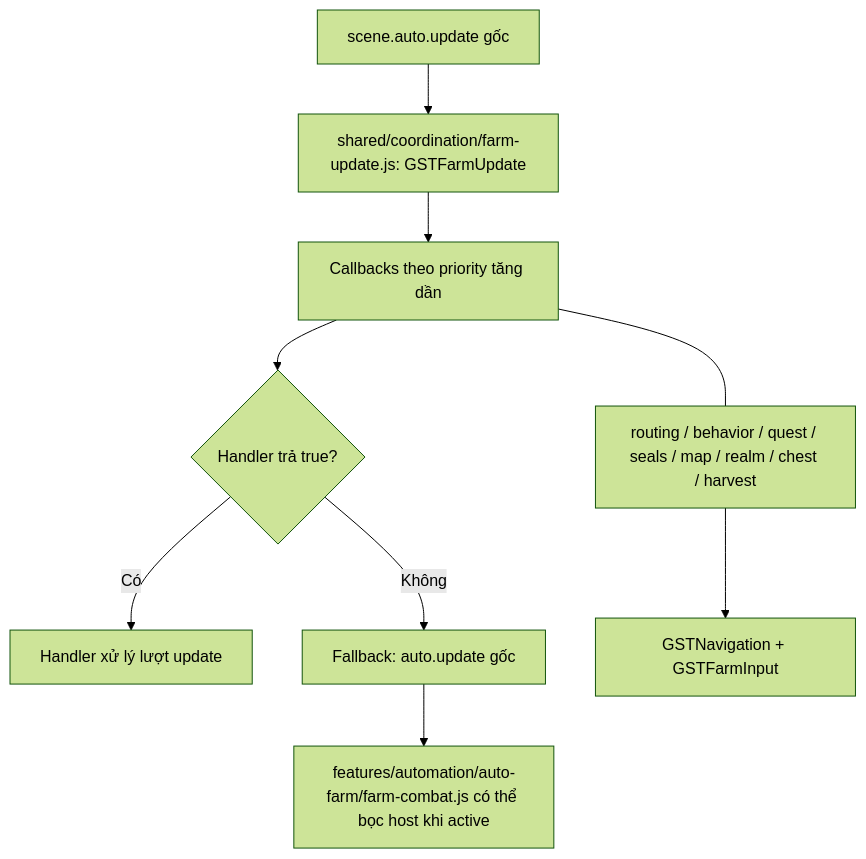
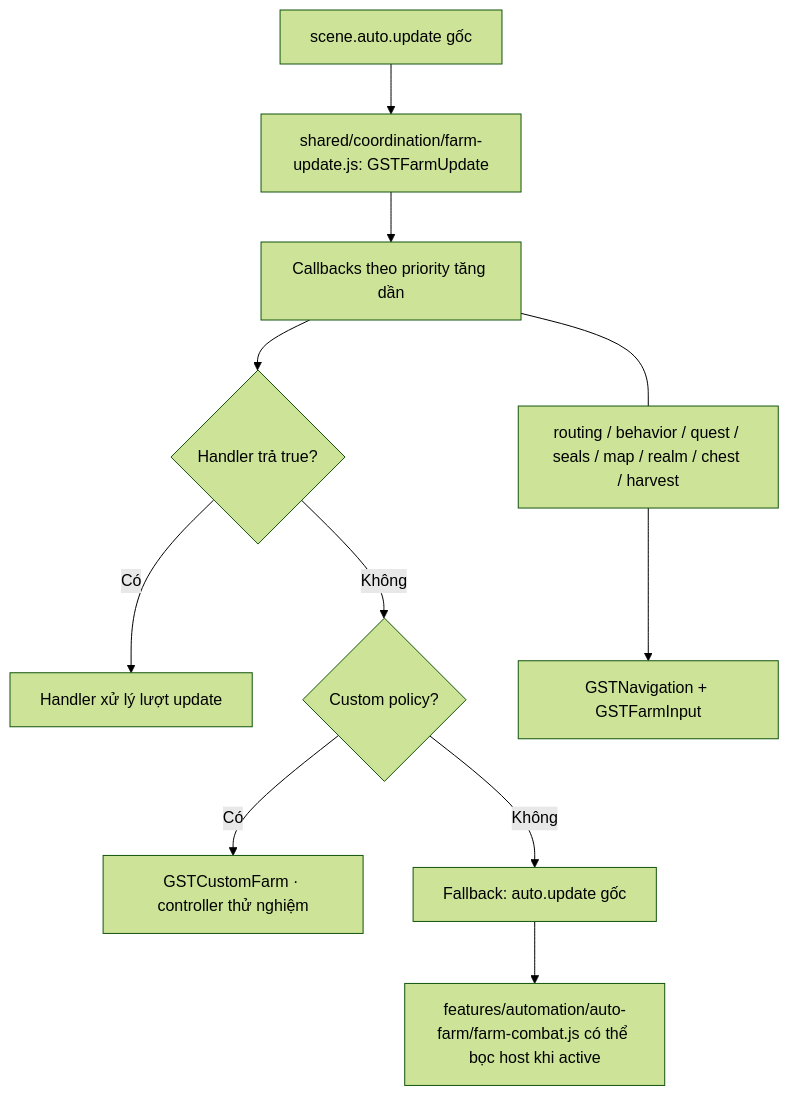
One commit to Vibe-Milk/game-speed-tester changed the second of 2 diagrams in CODEGRAPH.md. Above: the diagram before and after it, drawn with Mermaid (forest theme). The commit also changed other lines of this file and 23 other files, not shown here.

Commit message:
Add experimental custom auto farm mode

````diff
--- a/CODEGRAPH.md
+++ b/CODEGRAPH.md
@@ -65,11 +65,13 @@
 ```mermaid
 flowchart TD
   G["scene.auto.update gốc"] --> D["shared/coordination/farm-update.js: GSTFarmUpdate"]
   D --> H["Callbacks theo priority tăng dần"]
   H --> T{"Handler trả true?"}
   T -- Có --> O["Handler xử lý lượt update"]
-  T -- Không --> N["Fallback: auto.update gốc"]
+  T -- Không --> P{"Custom policy?"}
+  P -- Có --> X["GSTCustomFarm · controller thử nghiệm"]
+  P -- Không --> N["Fallback: auto.update gốc"]
   N --> C["features/automation/auto-farm/farm-combat.js có thể bọc host khi active"]
   H --- F["routing / behavior / quest / seals / map / realm / chest / harvest"]
   F --> V["GSTNavigation + GSTFarmInput"]
 ```
````
